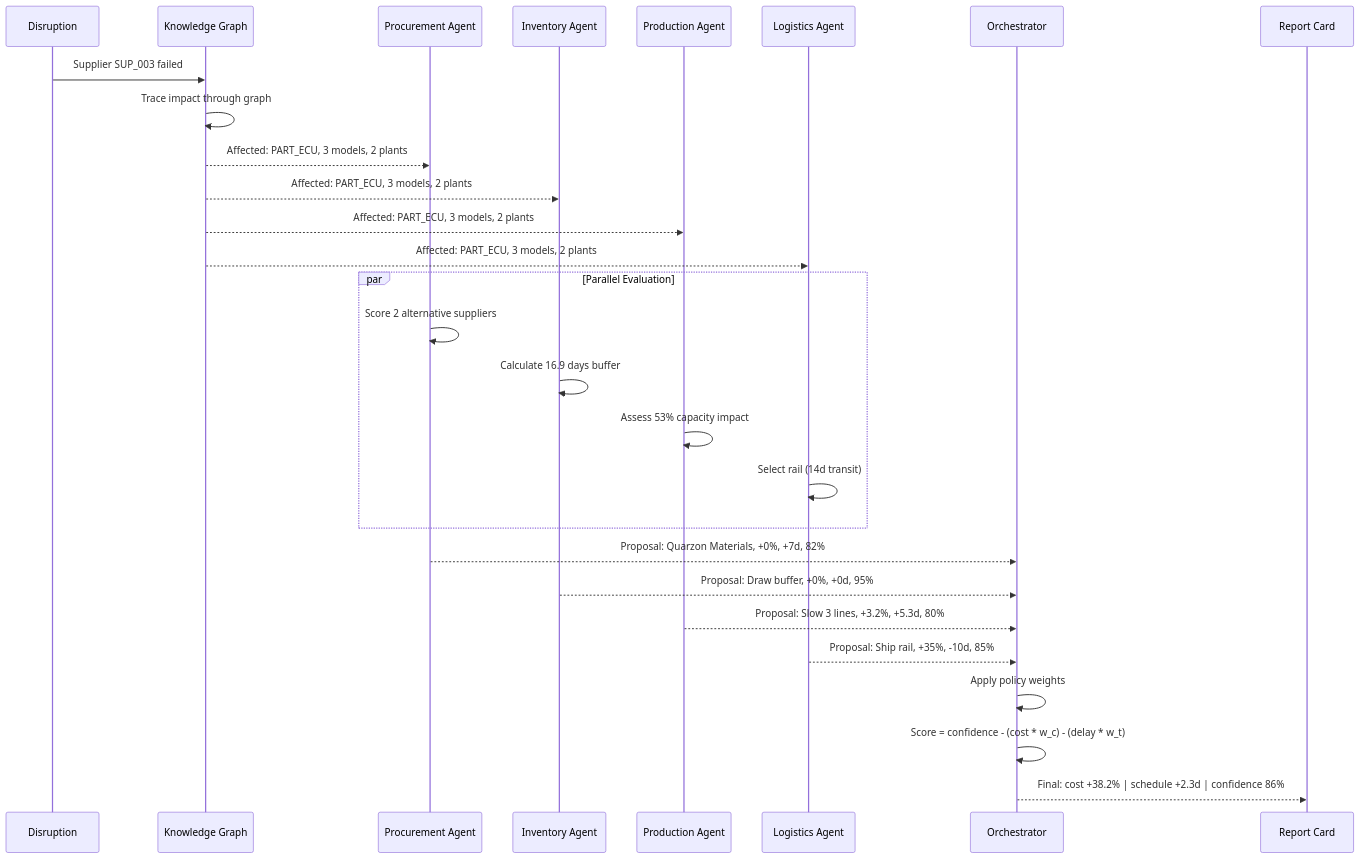
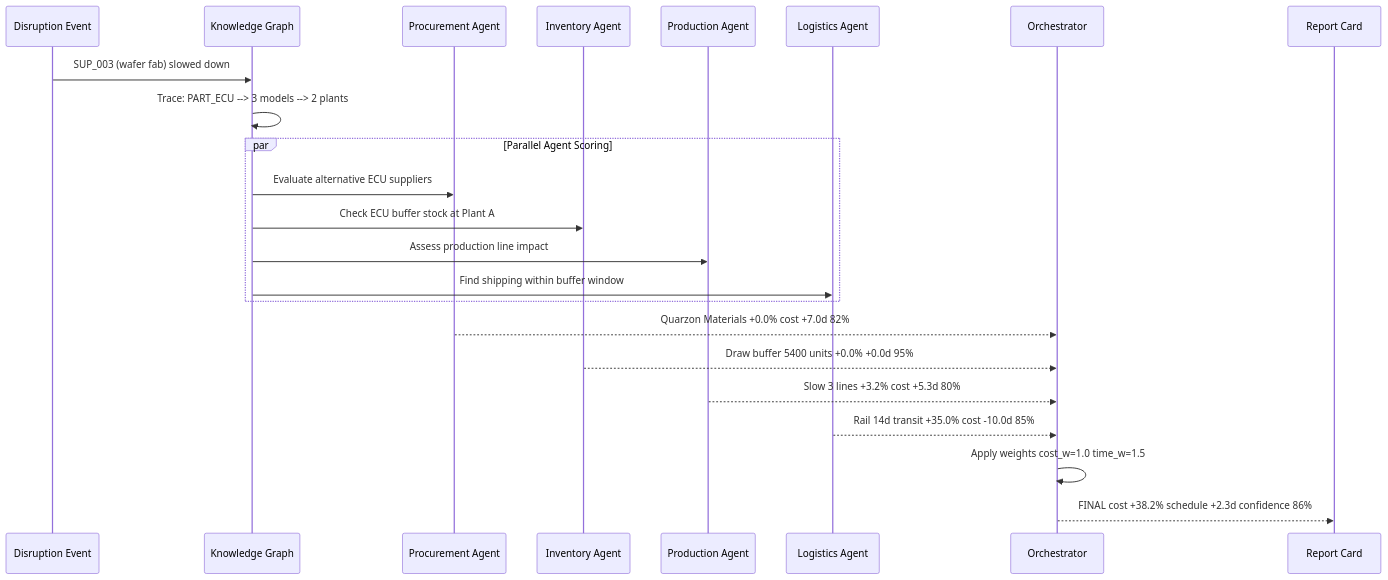
Before and after one commit to santhoshkrishnan-M/SCM-connector: the fifth of 13 diagrams in README.md, drawn with Mermaid. The commit also changed other lines of this file, not shown here.

````diff
--- a/README.md
+++ b/README.md
@@ -379,34 +248,29 @@
 ```mermaid
 sequenceDiagram
-    participant D as Disruption
+    participant D as Disruption Event
     participant KG as Knowledge Graph
     participant PA as Procurement Agent
     participant IA as Inventory Agent
     participant PRA as Production Agent
     participant LA as Logistics Agent
     participant O as Orchestrator
     participant R as Report Card
 
-    D->>KG: Supplier SUP_003 failed
-    KG->>KG: Trace impact through graph
-    KG-->>PA: Affected: PART_ECU, 3 models, 2 plants
-    KG-->>IA: Affected: PART_ECU, 3 models, 2 plants
-    KG-->>PRA: Affected: PART_ECU, 3 models, 2 plants
-    KG-->>LA: Affected: PART_ECU, 3 models, 2 plants
+    D->>KG: SUP_003 (wafer fab) slowed down
+    KG->>KG: Trace: PART_ECU --> 3 models --> 2 plants
 
-    par Parallel Evaluation
-        PA->>PA: Score 2 alternative suppliers
-        IA->>IA: Calculate 16.9 days buffer
-        PRA->>PRA: Assess 53% capacity impact
-        LA->>LA: Select rail (14d transit)
+    par Parallel Agent Scoring
+        KG->>PA: Evaluate alternative ECU suppliers
+        KG->>IA: Check ECU buffer stock at Plant A
+        KG->>PRA: Assess production line impact
+        KG->>LA: Find shipping within buffer window
     end
 
-    PA-->>O: Proposal: Quarzon Materials, +0%, +7d, 82%
-    IA-->>O: Proposal: Draw buffer, +0%, +0d, 95%
-    PRA-->>O: Proposal: Slow 3 lines, +3.2%, +5.3d, 80%
-    LA-->>O: Proposal: Ship rail, +35%, -10d, 85%
+    PA-->>O: Quarzon Materials +0.0% cost +7.0d 82%
+    IA-->>O: Draw buffer 5400 units +0.0% +0.0d 95%
+    PRA-->>O: Slow 3 lines +3.2% cost +5.3d 80%
+    LA-->>O: Rail 14d transit +35.0% cost -10.0d 85%
 
-    O->>O: Apply policy weights
-    O->>O: Score = confidence - (cost * w_c) - (delay * w_t)
-    O-->>R: Final: cost +38.2% | schedule +2.3d | confidence 86%
+    O->>O: Apply weights cost_w=1.0 time_w=1.5
+    O-->>R: FINAL cost +38.2% schedule +2.3d confidence 86%
 ```
````
